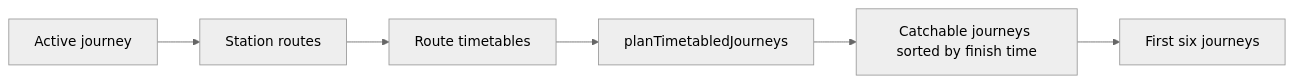
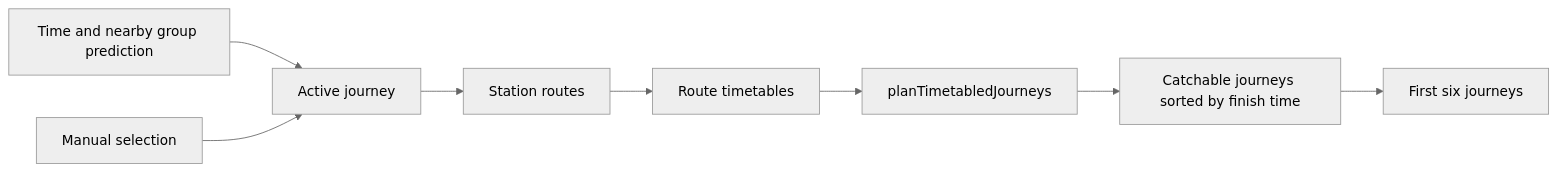
One commit to nd9600/trainDashboard changed the first of 4 diagrams in docs/journey-planning.md. Above: the diagram before and after it, drawn with Mermaid (neutral theme). The commit also changed other lines of this file and 13 other files, not shown here.

````diff
--- a/docs/journey-planning.md
+++ b/docs/journey-planning.md
@@ -7,15 +7,19 @@
 ```mermaid
 flowchart LR
+    prediction[Time and nearby group prediction]
+    override[Manual selection]
     journey[Active journey]
     routes[Station routes]
     timetables[Route timetables]
     planner[planTimetabledJourneys]
     journeys[Catchable journeys sorted by finish time]
     display[First six journeys]
 
+    prediction --> journey
+    override --> journey
     journey --> routes
     routes --> timetables
     timetables --> planner
     planner --> journeys
     journeys --> display
 ```
````
